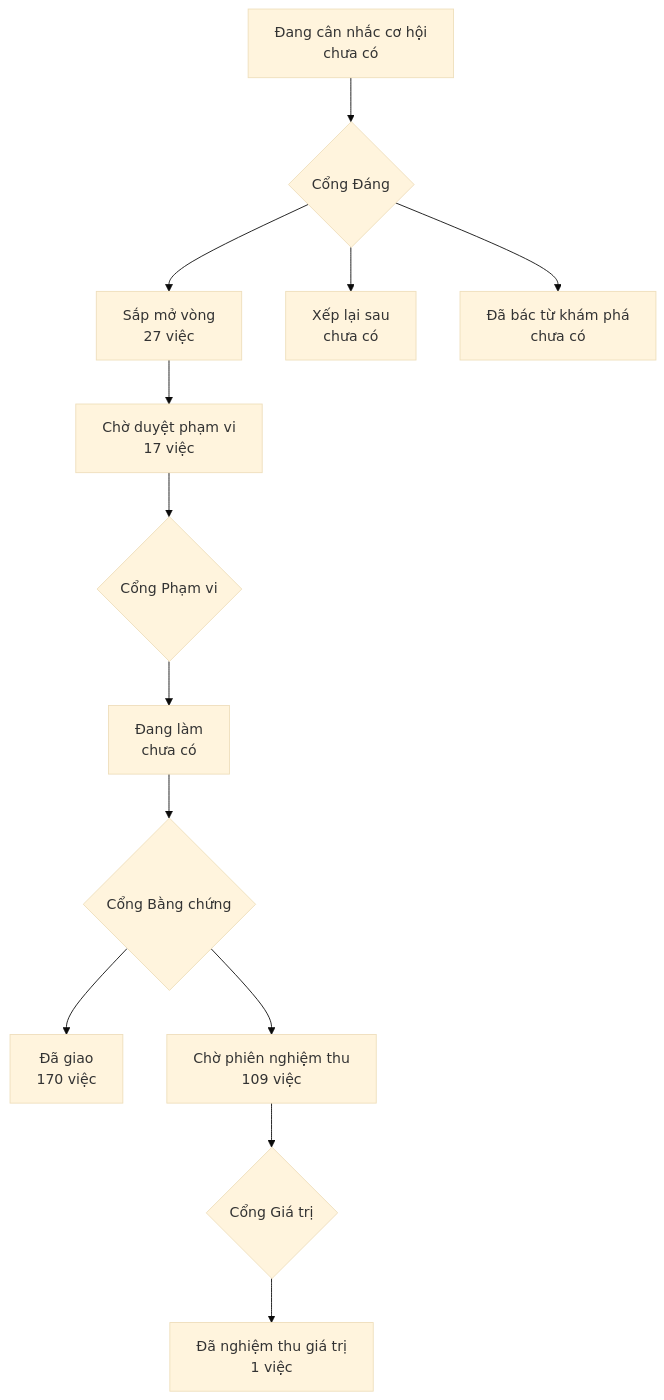
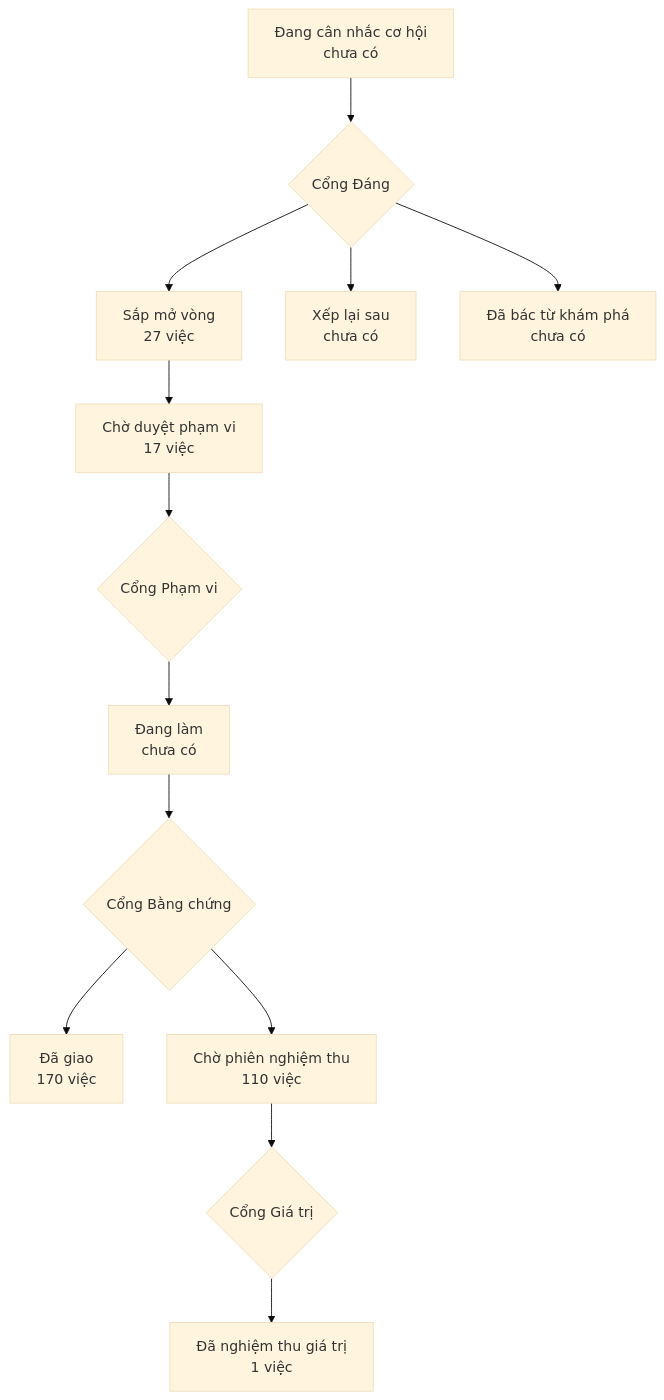
One commit to phanlemanh/onehub-invest changed the diagram in PRODUCT-MAP.md. Above: the diagram before and after it, drawn with Mermaid (base theme). The commit also changed other lines of this file and 30 other files, not shown here.

````diff
--- a/PRODUCT-MAP.md
+++ b/PRODUCT-MAP.md
@@ -7,12 +7,12 @@
 ```mermaid
 flowchart TD
   A["Đang cân nhắc cơ hội<br/>chưa có"] --> GD{"Cổng Đáng"}
   GD --> B["Sắp mở vòng<br/>27 việc"]
   GD --> XL["Xếp lại sau<br/>chưa có"]
   GD --> DB["Đã bác từ khám phá<br/>chưa có"]
   B --> CD["Chờ duyệt phạm vi<br/>17 việc"] --> GP{"Cổng Phạm vi"}
   GP --> DL["Đang làm<br/>chưa có"] --> GB{"Cổng Bằng chứng"}
   GB --> DG["Đã giao<br/>170 việc"]
-  GB --> CN["Chờ phiên nghiệm thu<br/>109 việc"] --> GG{"Cổng Giá trị"}
+  GB --> CN["Chờ phiên nghiệm thu<br/>110 việc"] --> GG{"Cổng Giá trị"}
   GG --> NT["Đã nghiệm thu giá trị<br/>1 việc"]
 ```
````
